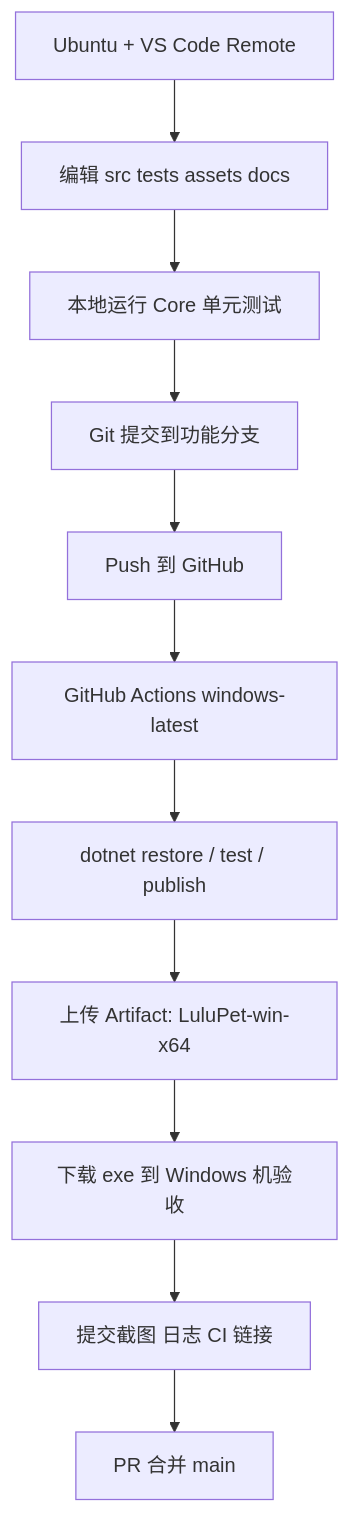
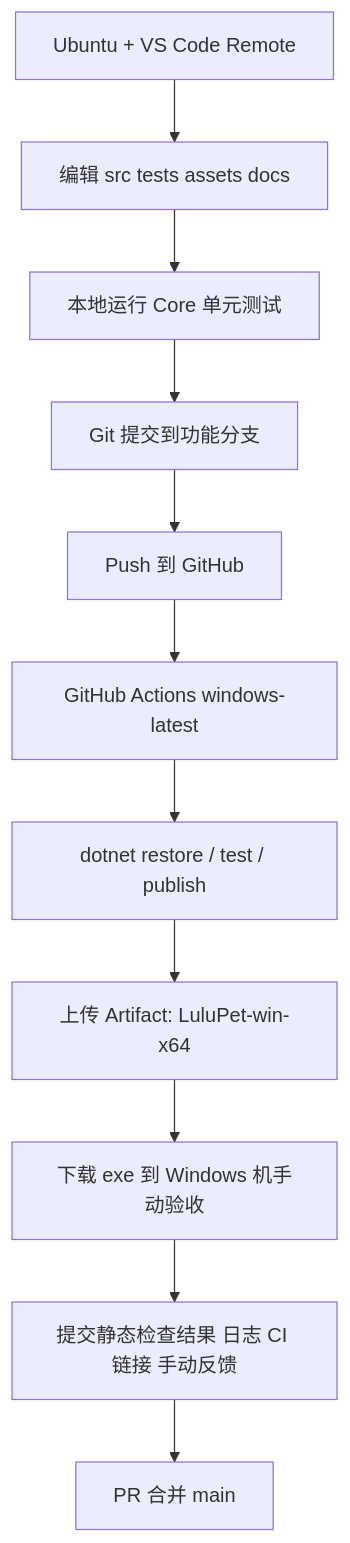
Before and after one commit to jim-git-2000/LuLuPet: the first of 3 diagrams in docs/PLAN.md, drawn with Mermaid. The commit also changed other lines of this file, not shown here.

````diff
--- a/docs/PLAN.md
+++ b/docs/PLAN.md
@@ -17,13 +17,13 @@
 ```mermaid
 flowchart TD
     A[Ubuntu + VS Code Remote] --> B[编辑 src tests assets docs]
     B --> C[本地运行 Core 单元测试]
     C --> D[Git 提交到功能分支]
     D --> E[Push 到 GitHub]
     E --> F[GitHub Actions windows-latest]
     F --> G[dotnet restore / test / publish]
     G --> H[上传 Artifact: LuluPet-win-x64]
-    H --> I[下载 exe 到 Windows 机验收]
-    I --> J[提交截图 日志 CI 链接]
+    H --> I[下载 exe 到 Windows 机手动验收]
+    I --> J[提交静态检查结果 日志 CI 链接 手动反馈]
     J --> K[PR 合并 main]
 ```
````
